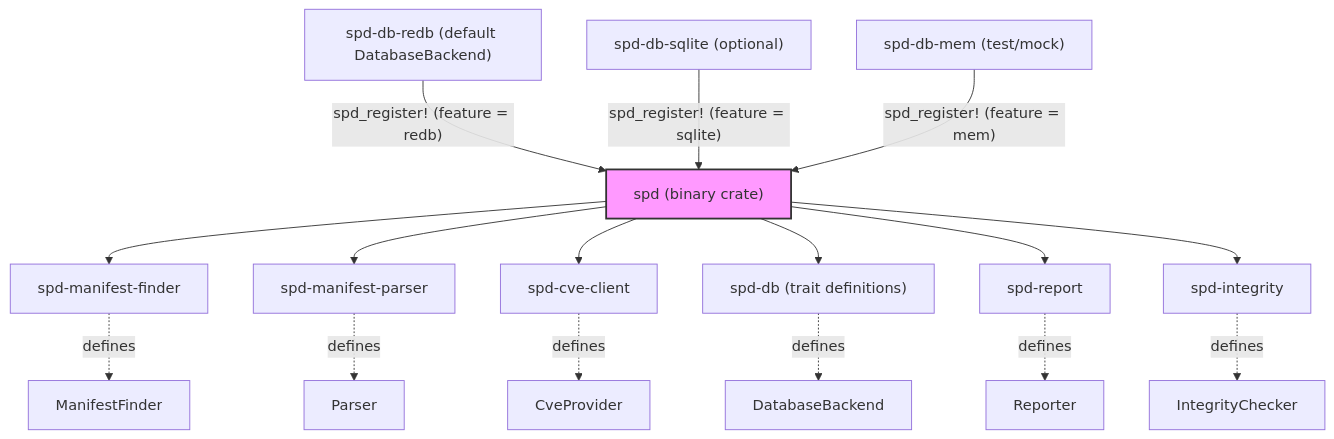
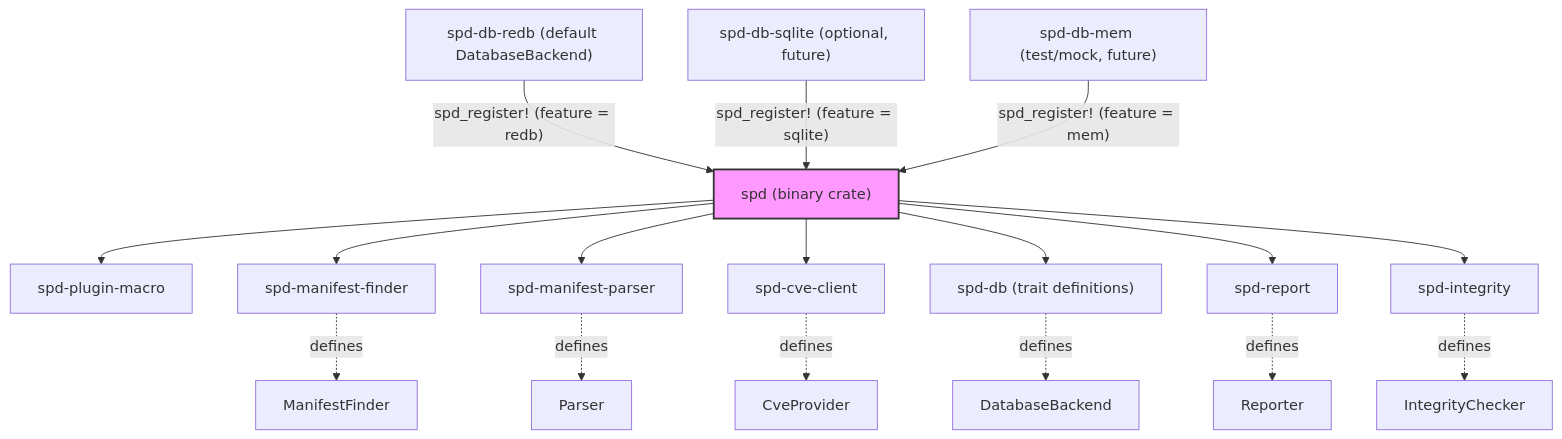
The diagram in architecture/workspace-layout.mmd (verilyze/verilyze), drawn with Mermaid before and after one commit. The commit also changed 25 other files, not shown here.

```diff
--- a/architecture/workspace-layout.mmd
+++ b/architecture/workspace-layout.mmd
@@ -1,34 +1,37 @@
 graph TD
     %% Core binary
     A["spd (binary crate)"]
+    %% Macro crate (used by binary for plugin registration)
+    M["spd-plugin-macro"]
     %% Library crates
     B["spd-manifest-finder"]
     C["spd-manifest-parser"]
     D["spd-cve-client"]
     E["spd-db (trait definitions)"]
     F["spd-report"]
     G["spd-integrity"]
     %% Concrete implementations (plug‑ins)
     H["spd-db-redb (default DatabaseBackend)"]
-    I["spd-db-sqlite (optional)"]
-    J["spd-db-mem (test/mock)"]
+    I["spd-db-sqlite (optional, future)"]
+    J["spd-db-mem (test/mock, future)"]
     %% Edges from binary to libraries
     A --> B
     A --> C
     A --> D
     A --> E
     A --> F
     A --> G
+    A --> M
     %% Edges from libraries to the traits they expose (collapsed for brevity)
     B -.->|defines| ManifestFinder
     C -.->|defines| Parser
     D -.->|defines| CveProvider
     E -.->|defines| DatabaseBackend
     F -.->|defines| Reporter
     G -.->|defines| IntegrityChecker
     %% Registration edges (plug‑in discovery)
     H -->|"spd_register! (feature = redb)"| A
     I -->|"spd_register! (feature = sqlite)"| A
     J -->|"spd_register! (feature = mem)"| A
     %% Visual styling
     style A fill:#f9f,stroke:#333,stroke-width:2px
```
